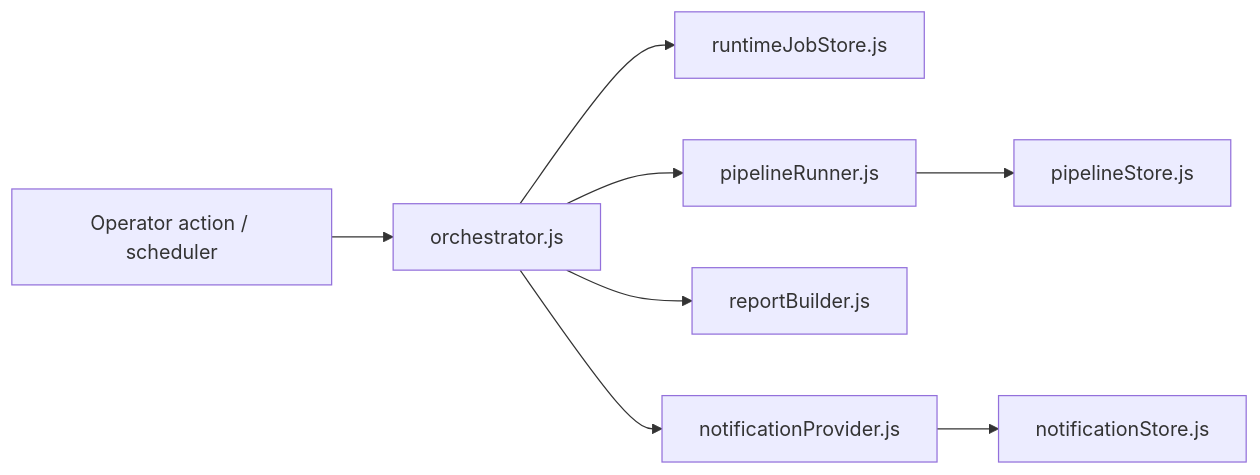
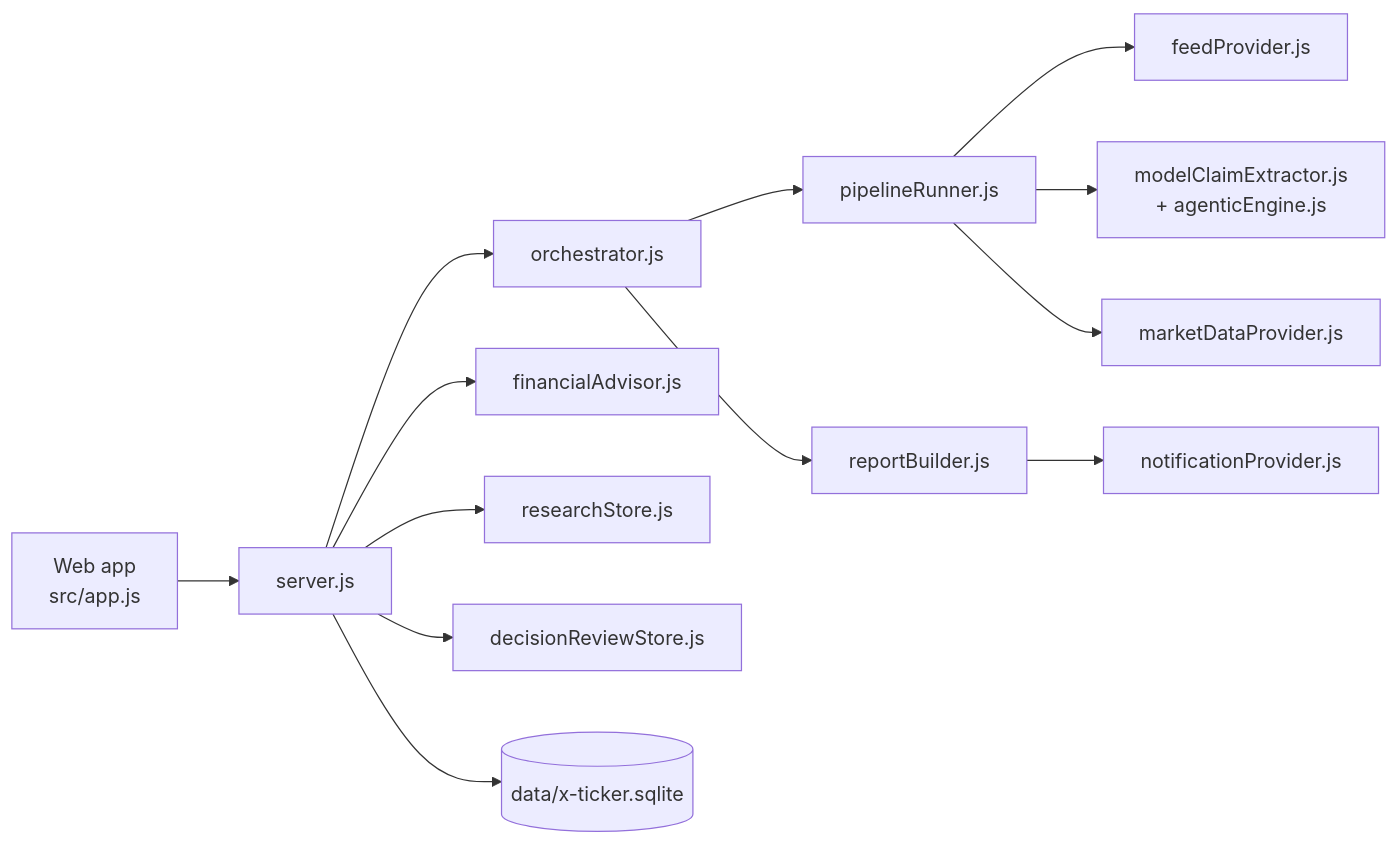
Before and after one commit to boubakerwa/x-ticker-investment: the third of 3 diagrams in README.md, drawn with Mermaid. The commit also changed other lines of this file and 11 other files, not shown here.

````diff
--- a/README.md
+++ b/README.md
@@ -108,10 +83,15 @@
 ```mermaid
 flowchart LR
-  A[Operator action / scheduler] --> B[orchestrator.js]
-  B --> C[runtimeJobStore.js]
-  B --> D[pipelineRunner.js]
-  D --> E[pipelineStore.js]
-  B --> F[reportBuilder.js]
-  B --> G[notificationProvider.js]
-  G --> H[notificationStore.js]
+  UI["Web app<br/>src/app.js"] --> API["server.js"]
+  API --> ORCH["orchestrator.js"]
+  ORCH --> PIPE["pipelineRunner.js"]
+  PIPE --> FEED["feedProvider.js"]
+  PIPE --> EXTRACT["modelClaimExtractor.js<br/>+ agenticEngine.js"]
+  PIPE --> MARKET["marketDataProvider.js"]
+  API --> ADVISOR["financialAdvisor.js"]
+  API --> RESEARCH["researchStore.js"]
+  API --> REVIEWS["decisionReviewStore.js"]
+  API --> DB[("data/x-ticker.sqlite")]
+  ORCH --> REPORTS["reportBuilder.js"]
+  REPORTS --> NOTIFY["notificationProvider.js"]
 ```
````
